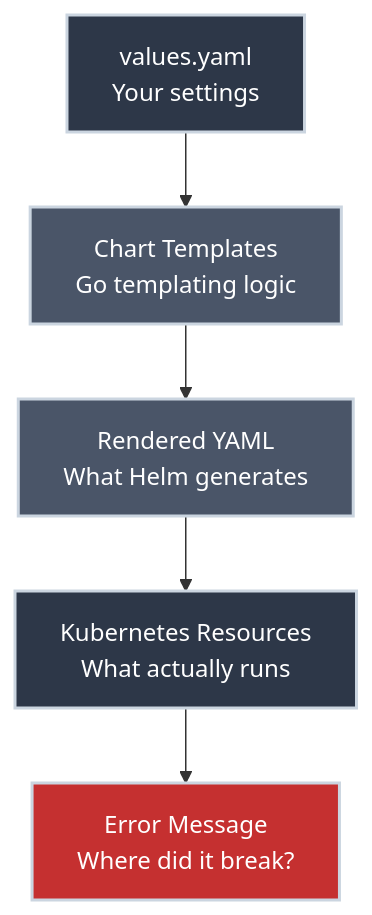
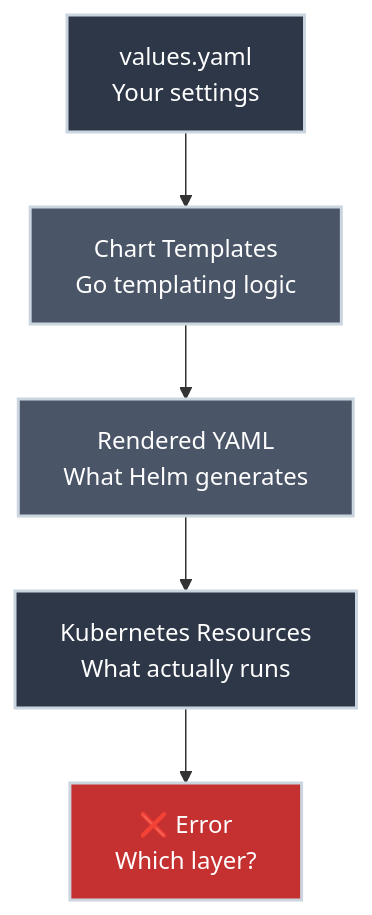
One commit to bradpenney/exploring_kubernetes changed the third of 3 diagrams in docs/day_one/helm/understanding.md. Above: the diagram before and after it, drawn with Mermaid. The commit also changed other lines of this file and 15 other files, not shown here.

````diff
--- a/docs/day_one/helm/understanding.md
+++ b/docs/day_one/helm/understanding.md
@@ -157,13 +156,19 @@
 ```mermaid
 graph TD
-    Values[values.yaml<br/>Your settings] --> Templates[Chart Templates<br/>Go templating logic]
-    Templates --> Rendered[Rendered YAML<br/>What Helm generates]
-    Rendered --> K8s[Kubernetes Resources<br/>What actually runs]
-    K8s --> Error[Error Message<br/>Where did it break?]
+    Values["values.yaml<br/>Your settings"]
+    Templates["Chart Templates<br/>Go templating logic"]
+    Rendered["Rendered YAML<br/>What Helm generates"]
+    K8s["Kubernetes Resources<br/>What actually runs"]
+    Error["❌ Error<br/>Which layer?"]
+
+    Values --> Templates
+    Templates --> Rendered
+    Rendered --> K8s
+    K8s --> Error
 
     style Values fill:#2d3748,stroke:#cbd5e0,stroke-width:2px,color:#fff
     style Templates fill:#4a5568,stroke:#cbd5e0,stroke-width:2px,color:#fff
     style Rendered fill:#4a5568,stroke:#cbd5e0,stroke-width:2px,color:#fff
     style K8s fill:#2d3748,stroke:#cbd5e0,stroke-width:2px,color:#fff
     style Error fill:#c53030,stroke:#cbd5e0,stroke-width:2px,color:#fff
 ```
````
